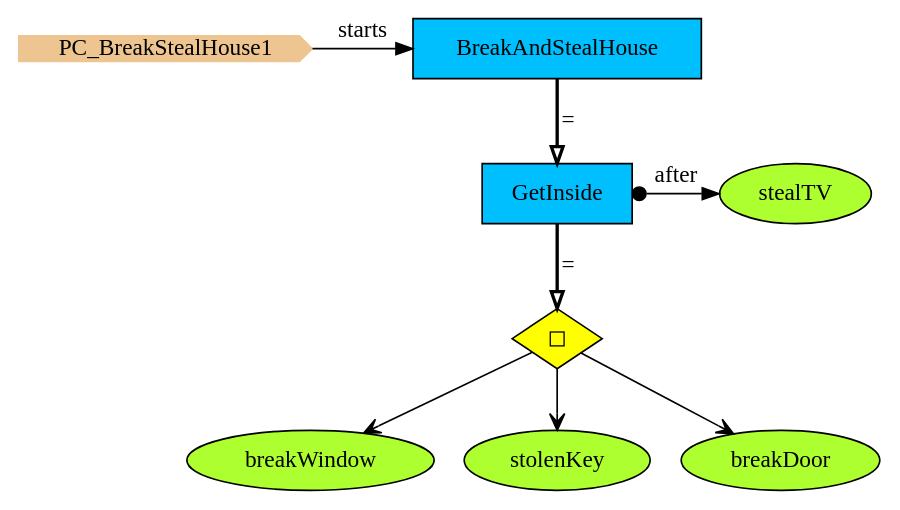
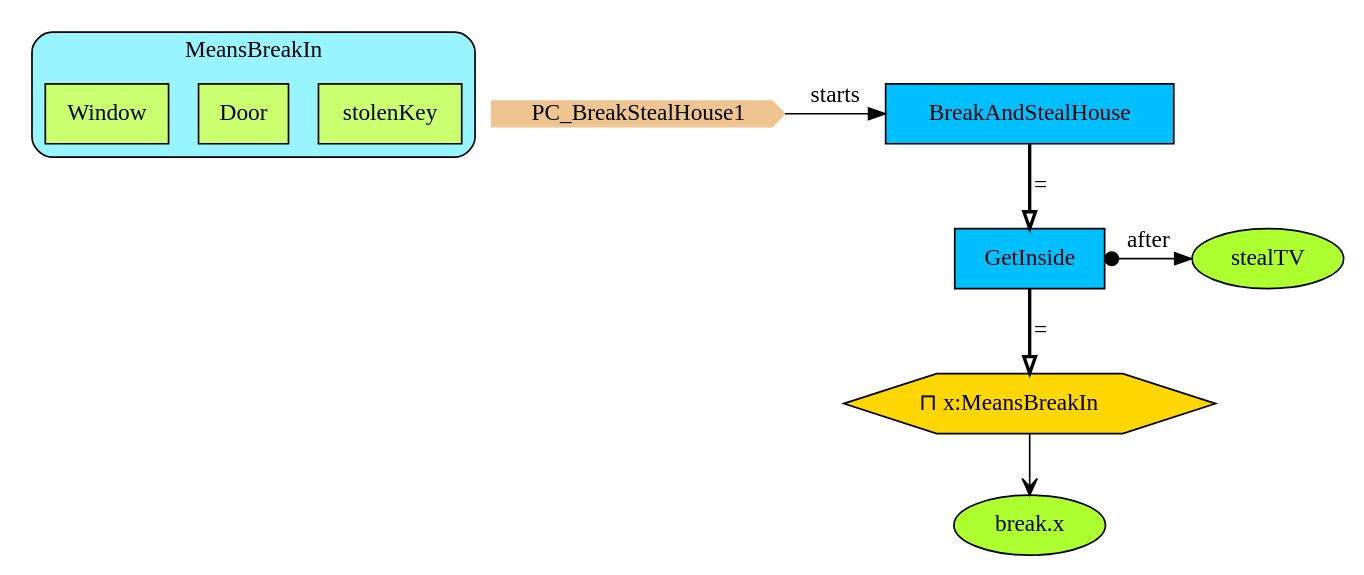
Before and after one commit to namalio/Fragmenta: the diagram in Haskell/PCs/Examples/img/PC_BreakStealHouse1.gv, drawn with Graphviz. The commit also changed 114 other files, not shown here.

```diff
--- a/Haskell/PCs/Examples/img/PC_BreakStealHouse1.gv
+++ b/Haskell/PCs/Examples/img/PC_BreakStealHouse1.gv
@@ -1,21 +1,27 @@
 digraph {
+subgraph cluster_MeansBreakIn {
+style="filled,rounded";
+label =MeansBreakIn;
+fillcolor = cadetblue1;
+stolenKey[shape=box,fillcolor=darkolivegreen1,style="filled",label=stolenKey];
+Door[shape=box,fillcolor=darkolivegreen1,style="filled",label=Door];
+Window[shape=box,fillcolor=darkolivegreen1,style="filled",label=Window];
+}
+
+
 StartN_ [shape = cds,color=burlywood2,style=filled,height=.2,width=.2, label =PC_BreakStealHouse1];
+BreakAndStealHouse [shape=box,fillcolor=deepskyblue,style = filled,label="BreakAndStealHouse "];
+BreakIn [shape=hexagon,fillcolor=gold1,style=filled,label=<⊓ x:MeansBreakIn>];
+stealTV [shape=ellipse,fillcolor=greenyellow,style=filled,label="stealTV"];
+break [shape=ellipse,fillcolor=greenyellow,style=filled,label="break.x"];
 GetInside [shape=box,fillcolor=deepskyblue,style = filled,label="GetInside "];
-breakWindow [shape=ellipse,fillcolor=greenyellow,style = filled,label="breakWindow"];
-stealTV [shape=ellipse,fillcolor=greenyellow,style = filled,label="stealTV"];
-OpGetInside [shape=diamond,fillcolor=yellow,style = filled,label="◻︎"];
-stolenKey [shape=ellipse,fillcolor=greenyellow,style = filled,label="stolenKey"];
-breakDoor [shape=ellipse,fillcolor=greenyellow,style = filled,label="breakDoor"];
-BreakAndStealHouse [shape=box,fillcolor=deepskyblue,style = filled,label="BreakAndStealHouse "];
 
 {rank=same;stealTV,GetInside}
 {rank=same;BreakAndStealHouse,StartN_}
 
-OpGetInside->breakWindow[arrowhead="open"];
 GetInside->stealTV[arrowtail=dot,dir=both,label="after"];
-GetInside->OpGetInside[arrowhead="onormal",penwidth=2,label="="];
+BreakIn->break[arrowhead="open"];
 BreakAndStealHouse->GetInside[arrowhead="onormal",penwidth=2,label="="];
+GetInside->BreakIn[arrowhead="onormal",penwidth=2,label="="];
 StartN_->BreakAndStealHouse[label="starts"];
-OpGetInside->breakDoor[arrowhead="open"];
-OpGetInside->stolenKey[arrowhead="open"];
 }
```
